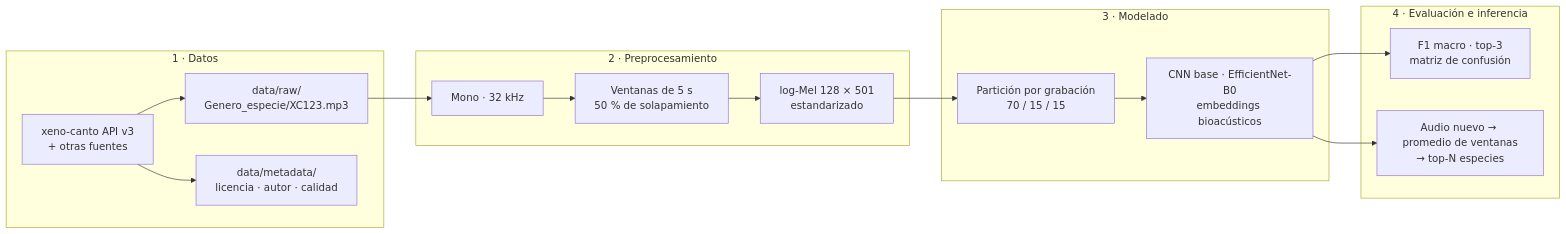
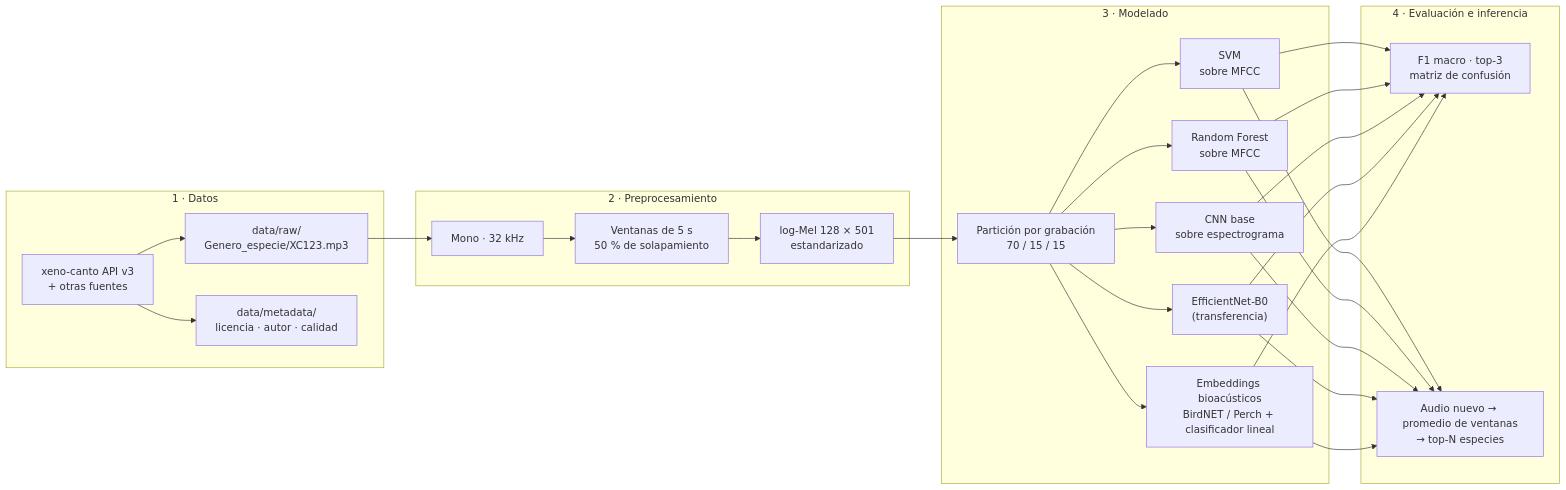
One commit to wilospe27/Proyecto_1_Innovacion_Tecnologica_IA_Grupo_4 changed the diagram in entrega_2/docs/arquitectura.md. Above: the diagram before and after it, drawn with Mermaid. The commit also changed 14 other files, not shown here.

````diff
--- a/entrega_2/docs/arquitectura.md
+++ b/entrega_2/docs/arquitectura.md
@@ -7,17 +7,22 @@
 ```mermaid
 flowchart LR
     subgraph Datos["1 · Datos"]
         A["xeno-canto API v3<br/>+ otras fuentes"] --> B["data/raw/<br/>Genero_especie/XC123.mp3"]
         A --> M["data/metadata/<br/>licencia · autor · calidad"]
     end
     subgraph Prep["2 · Preprocesamiento"]
         B --> C["Mono · 32 kHz"] --> D["Ventanas de 5 s<br/>50 % de solapamiento"] --> E["log-Mel 128 × 501<br/>estandarizado"]
     end
     subgraph Modelo["3 · Modelado"]
-        E --> F["Partición por grabación<br/>70 / 15 / 15"] --> G["CNN base · EfficientNet-B0<br/>embeddings bioacústicos"]
+        E --> F["Partición por grabación<br/>70 / 15 / 15"]
+        F --> G1["SVM<br/>sobre MFCC"]
+        F --> G2["Random Forest<br/>sobre MFCC"]
+        F --> G3["CNN base<br/>sobre espectrograma"]
+        F --> G4["EfficientNet-B0<br/>(transferencia)"]
+        F --> G5["Embeddings bioacústicos<br/>BirdNET / Perch + clasificador lineal"]
     end
     subgraph Salida["4 · Evaluación e inferencia"]
-        G --> H["F1 macro · top-3<br/>matriz de confusión"]
-        G --> I["Audio nuevo → promedio de ventanas<br/>→ top-N especies"]
+        G1 & G2 & G3 & G4 & G5 --> H["F1 macro · top-3<br/>matriz de confusión"]
+        G1 & G2 & G3 & G4 & G5 --> I["Audio nuevo → promedio de ventanas<br/>→ top-N especies"]
     end
 ```
````
